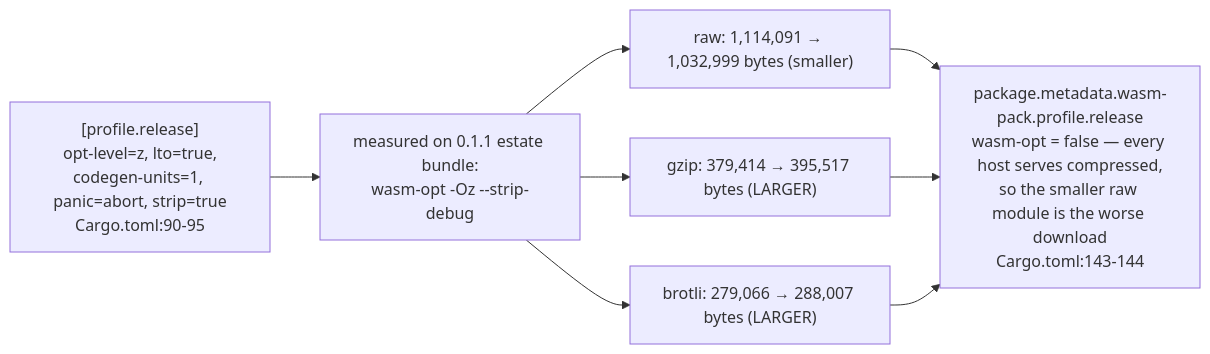
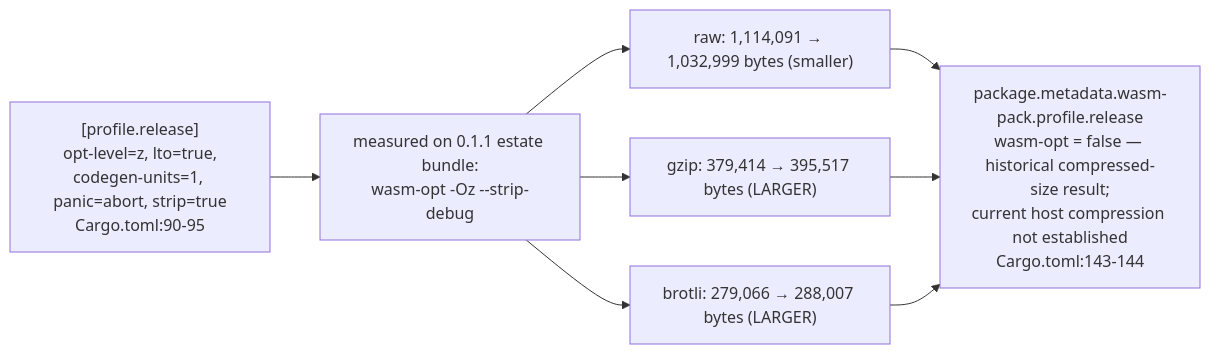
The fifth of 6 diagrams in docs/diagrams/vowl-wasm/05-build-test-bench-and-publish.md (DreamLab-AI/VisionFlow), drawn with Mermaid before and after one commit. The commit also changed other lines of this file and 35 other files, not shown here.

````diff
--- a/docs/diagrams/vowl-wasm/05-build-test-bench-and-publish.md
+++ b/docs/diagrams/vowl-wasm/05-build-test-bench-and-publish.md
@@ -113,8 +102,8 @@
 ```mermaid
 flowchart LR
     PROF["[profile.release]<br/>opt-level=z, lto=true,<br/>codegen-units=1, panic=abort, strip=true<br/>Cargo.toml:90-95"] --> MEASURE["measured on 0.1.1 estate bundle:<br/>wasm-opt -Oz --strip-debug"]
     MEASURE --> RAW["raw: 1,114,091 → 1,032,999 bytes (smaller)"]
     MEASURE --> GZIP["gzip: 379,414 → 395,517 bytes (LARGER)"]
     MEASURE --> BROTLI["brotli: 279,066 → 288,007 bytes (LARGER)"]
-    RAW & GZIP & BROTLI --> DECISION["package.metadata.wasm-pack.profile.release<br/>wasm-opt = false — every host serves compressed,<br/>so the smaller raw module is the worse download<br/>Cargo.toml:143-144"]
+    RAW & GZIP & BROTLI --> DECISION["package.metadata.wasm-pack.profile.release<br/>wasm-opt = false — historical compressed-size result;<br/>current host compression not established<br/>Cargo.toml:143-144"]
 ```
````
